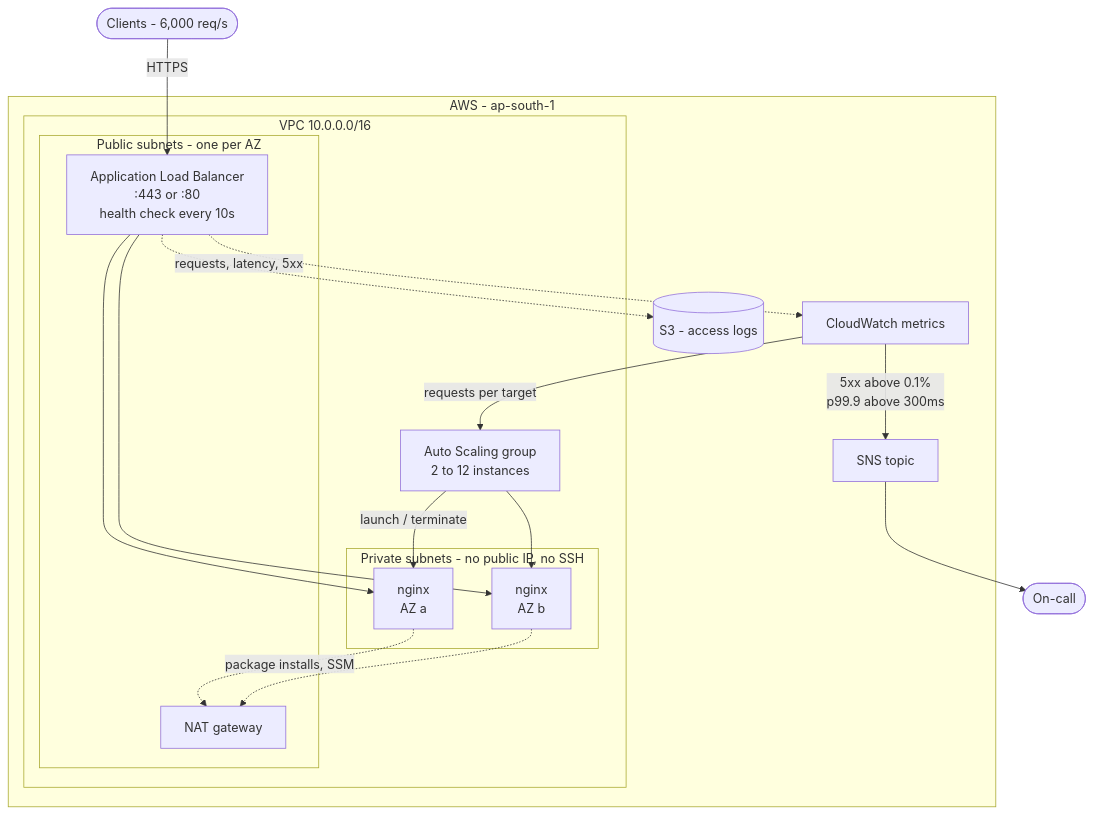
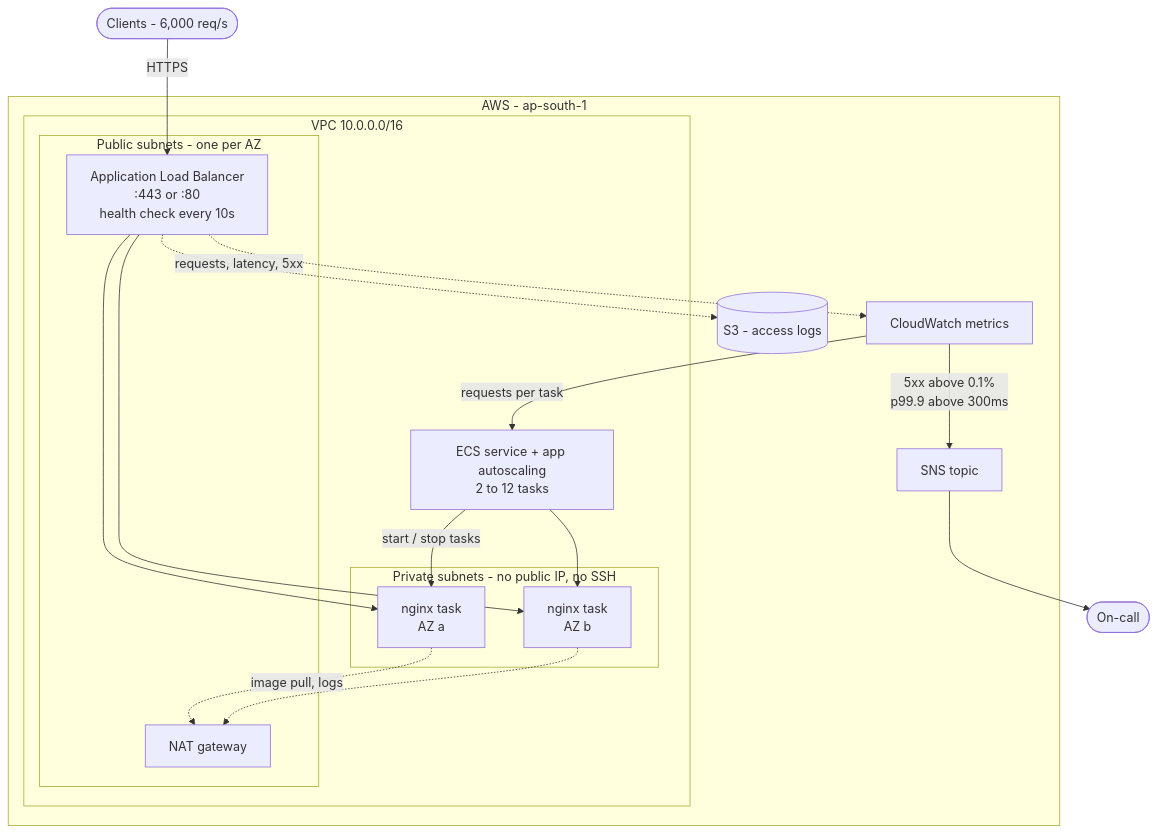
Before and after one commit to tg-arun/classroom-attendance-infra: the first of 2 diagrams in README.md, drawn with Mermaid. The commit also changed other lines of this file and 1 other file, not shown here.

Commit message:
Rewrite the docs and diagrams for Fargate

````diff
--- a/README.md
+++ b/README.md
@@ -12,35 +13,35 @@
 ```mermaid
 flowchart TB
     client(["Clients - 6,000 req/s"])
     oncall(["On-call"])
 
     subgraph aws["AWS - ap-south-1"]
         subgraph vpc["VPC 10.0.0.0/16"]
             subgraph public["Public subnets - one per AZ"]
                 alb["Application Load Balancer<br/>:443 or :80<br/>health check every 10s"]
                 nat["NAT gateway"]
             end
             subgraph private["Private subnets - no public IP, no SSH"]
-                web1["nginx<br/>AZ a"]
-                web2["nginx<br/>AZ b"]
+                web1["nginx task<br/>AZ a"]
+                web2["nginx task<br/>AZ b"]
             end
-            asg["Auto Scaling group<br/>2 to 12 instances"]
+            asg["ECS service + app autoscaling<br/>2 to 12 tasks"]
         end
         cw["CloudWatch metrics"]
         sns["SNS topic"]
         logs[("S3 - access logs")]
     end
 
     client -->|"HTTPS"| alb
     alb --> web1
     alb --> web2
-    web1 -.->|"package installs, SSM"| nat
+    web1 -.->|"image pull, logs"| nat
     web2 -.-> nat
     alb -.-> logs
     alb -.->|"requests, latency, 5xx"| cw
-    cw -->|"requests per target"| asg
-    asg -->|"launch / terminate"| web1
+    cw -->|"requests per task"| asg
+    asg -->|"start / stop tasks"| web1
     asg --> web2
     cw -->|"5xx above 0.1%<br/>p99.9 above 300ms"| sns
     sns --> oncall
 ```
````
